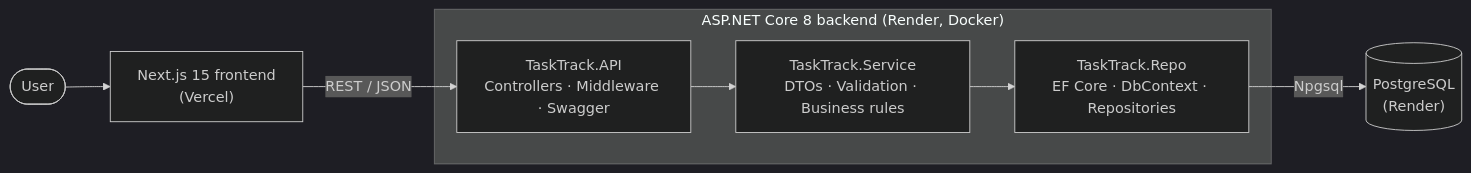
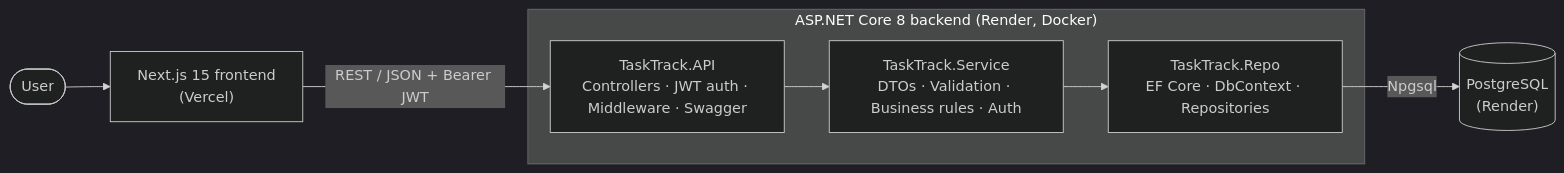
Before and after one commit to kaine45-cyber/Assignment_PRN232_PhanVanLoc_QE190160: the second of 3 diagrams in README.md, drawn with Mermaid (dark theme). The commit also changed other lines of this file and 11 other files, not shown here.

Commit message:
docs: update README, ERD, screenshots and env examples for Assignment 2

````diff
--- a/README.md
+++ b/README.md
@@ -73,14 +121,14 @@
 ```mermaid
 flowchart LR
     U([User]) --> FE["Next.js 15 frontend<br/>(Vercel)"]
-    FE -- "REST / JSON" --> API
+    FE -- "REST / JSON + Bearer JWT" --> API
 
     subgraph BE["ASP.NET Core 8 backend (Render, Docker)"]
-        API["TaskTrack.API<br/>Controllers · Middleware · Swagger"]
-        SVC["TaskTrack.Service<br/>DTOs · Validation · Business rules"]
+        API["TaskTrack.API<br/>Controllers · JWT auth · Middleware · Swagger"]
+        SVC["TaskTrack.Service<br/>DTOs · Validation · Business rules · Auth"]
         REPO["TaskTrack.Repo<br/>EF Core · DbContext · Repositories"]
         API --> SVC --> REPO
     end
 
     REPO -- "Npgsql" --> DB[("PostgreSQL<br/>(Render)")]
 ```
````
